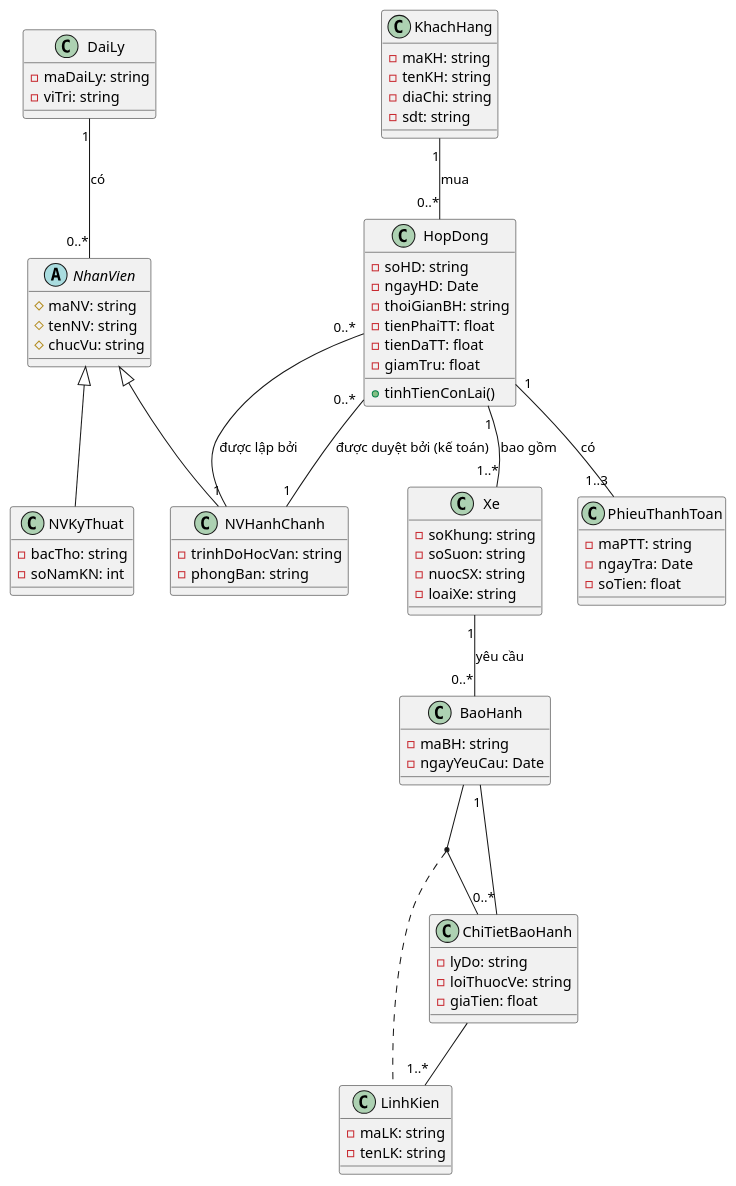
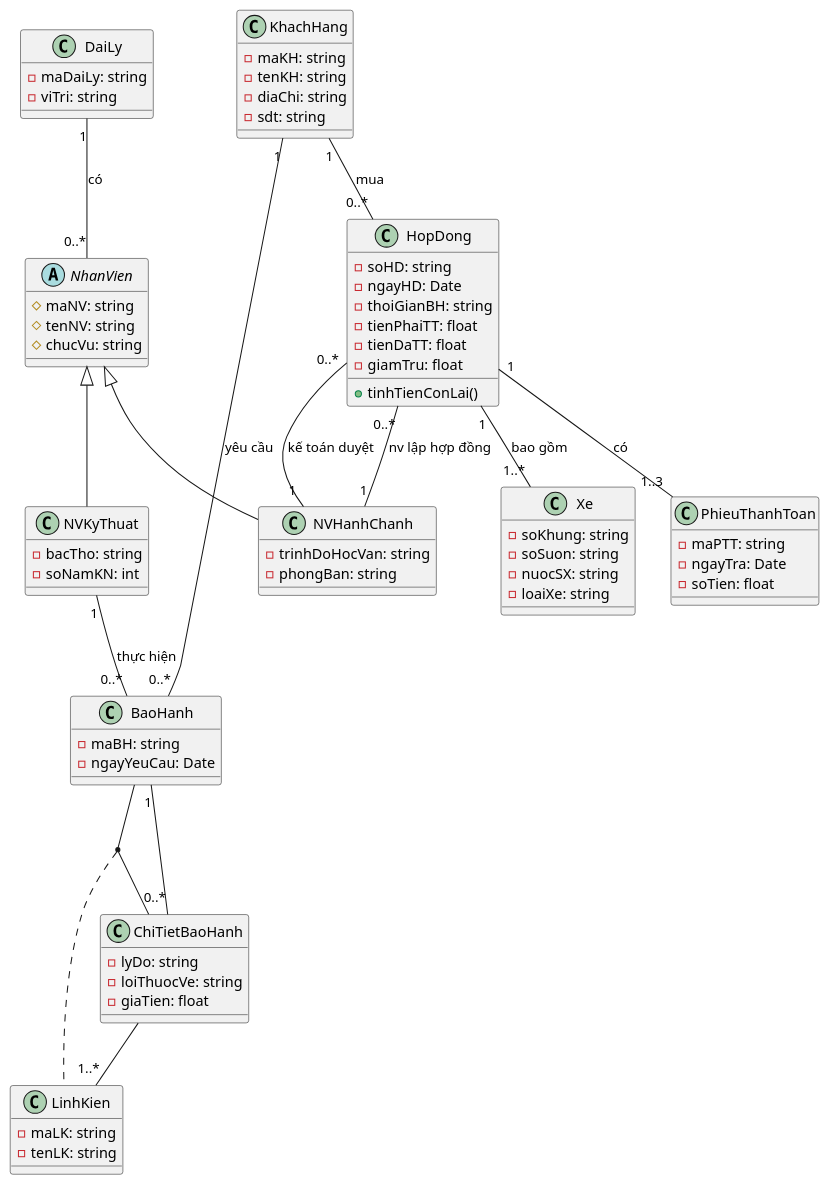
The diagram in uit/courses/IE103/exercises/BTQT2/assets/BTQT2_bai2-CD.puml (leanhvu21042001/LT.K2025.2-CNTT), drawn with PlantUML before and after one commit.

```diff
--- a/uit/courses/IE103/exercises/BTQT2/assets/BTQT2_bai2-CD.puml
+++ b/uit/courses/IE103/exercises/BTQT2/assets/BTQT2_bai2-CD.puml
@@ -1,87 +1,88 @@
 @startuml
 
 ''skinparam classAttributeIconSize 0
 skinparam defaultFontName "Iosevka"
 
 class DaiLy {
   - maDaiLy: string
   - viTri: string
 }
 
 ' --- Inheritance ---
 abstract class NhanVien {
   # maNV: string
   # tenNV: string
   # chucVu: string
 }
 class NVHanhChanh extends NhanVien {
   - trinhDoHocVan: string
   - phongBan: string
 }
 class NVKyThuat extends NhanVien {
   - bacTho: string
   - soNamKN: int
 }
 ' ------------------
 
 class KhachHang {
   - maKH: string
   - tenKH: string
   - diaChi: string
   - sdt: string
 }
 
 class HopDong {
   - soHD: string
   - ngayHD: Date
   - thoiGianBH: string
   - tienPhaiTT: float
   - tienDaTT: float
   - giamTru: float
   + tinhTienConLai()
 }
 
 class Xe {
   - soKhung: string
   - soSuon: string
   - nuocSX: string
   - loaiXe: string
 }
 
 class PhieuThanhToan {
   - maPTT: string
   - ngayTra: Date
   - soTien: float
 }
 
 class BaoHanh {
   - maBH: string
   - ngayYeuCau: Date
 }
 
 class LinhKien {
   - maLK: string
   - tenLK: string
 }
 
 ' --- Association Class ---
 class ChiTietBaoHanh {
   - lyDo: string
   - loiThuocVe: string
   - giaTien: float
 }
 
 ' --- Associations ---
 DaiLy "1" -- "0..*" NhanVien : "có"
 
 KhachHang "1" -- "0..*" HopDong : "mua"
-HopDong "0..*" -- "1" NVHanhChanh : "được lập bởi"
-HopDong "0..*" -- "1" NVHanhChanh : "được duyệt bởi (kế toán)"
+HopDong "0..*" -- "1" NVHanhChanh : "nv lập hợp đồng"
+HopDong "0..*" -- "1" NVHanhChanh : "kế toán duyệt"
 HopDong "1" -- "1..*" Xe : "bao gồm"
 HopDong "1" -- "1..3" PhieuThanhToan : "có"
+NVKyThuat "1" -- "0..*" BaoHanh : "thực hiện"
 
-Xe "1" -- "0..*" BaoHanh : "yêu cầu"
+KhachHang "1" -- "0..*" BaoHanh : "yêu cầu"
 (BaoHanh, ChiTietBaoHanh) .. LinhKien
 BaoHanh "1" -- "0..*" ChiTietBaoHanh
 ChiTietBaoHanh -- "1..*" LinhKien
 @enduml
```
